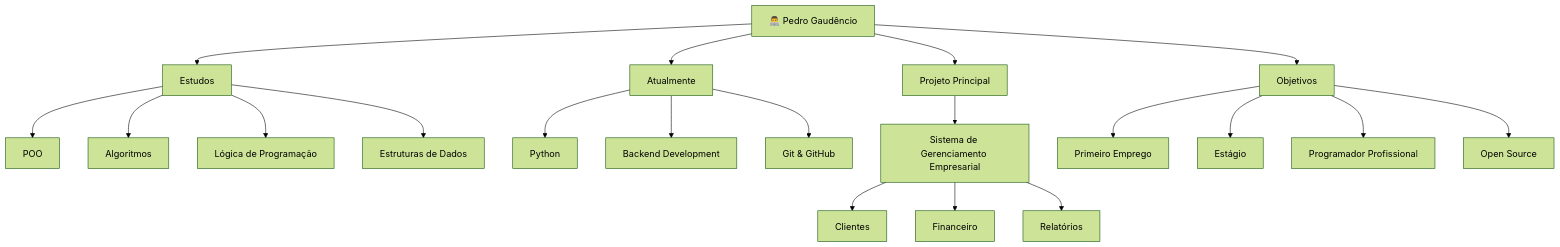
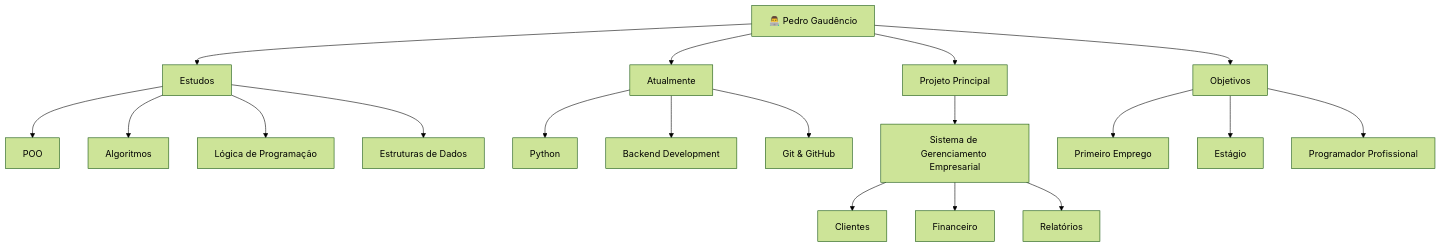
The diagram in README.md (PedroSilva370/PedroSilva370), drawn with Mermaid (forest theme) before and after one commit.

````diff
--- a/README.md
+++ b/README.md
@@ -21,29 +21,28 @@
 ```mermaid
 flowchart TB
 
     A["👨‍💻 Pedro Gaudêncio"]
 
     A --> B["Estudos"]
     A --> C["Atualmente"]
     A --> D["Projeto Principal"]
     A --> E["Objetivos"]
 
     B --> B1["POO"]
     B --> B2["Algoritmos"]
     B --> B3["Lógica de Programação"]
     B --> B4["Estruturas de Dados"]
 
     C --> C1["Python"]
     C --> C2["Backend Development"]
     C --> C3["Git & GitHub"]
 
     D --> D1["Sistema de Gerenciamento Empresarial"]
     D1 --> D2["Clientes"]
     D1 --> D3["Financeiro"]
     D1 --> D4["Relatórios"]
 
     E --> E1["Primeiro Emprego"]
     E --> E2["Estágio"]
     E --> E3["Programador Profissional"]
-    E --> E4["Open Source"]
 ```
````
